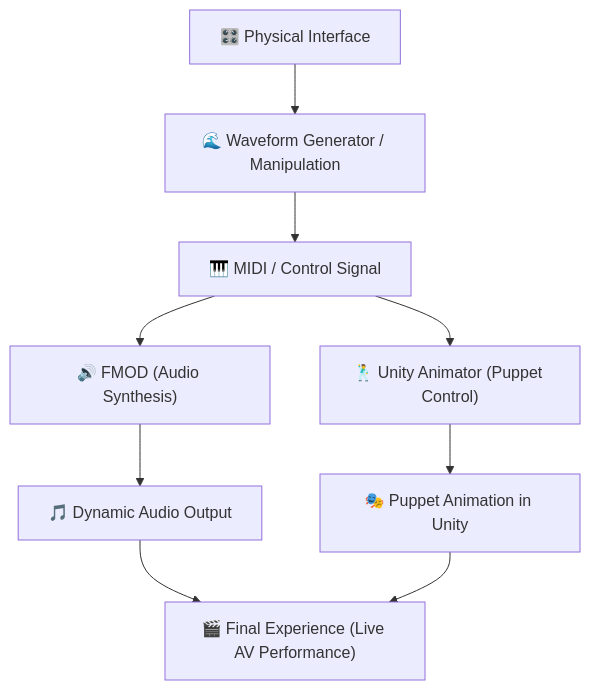
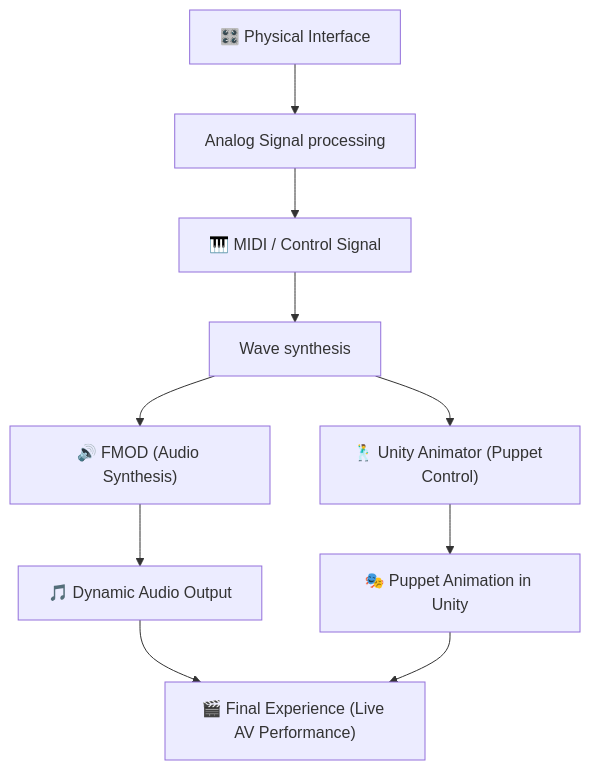
Before and after one commit to sullyjason/PuppetSynthesizer: the diagram in README.md, drawn with Mermaid. The commit also changed other lines of this file, not shown here.

````diff
--- a/README.md
+++ b/README.md
@@ -27,13 +27,13 @@
 ```mermaid
 flowchart TD
-    Interface["🎛️ Physical Interface"] --> Wave["🌊 Waveform Generator / Manipulation"]
-    Wave --> MIDI["🎹 MIDI / Control Signal"]
+    Interface["🎛️ Physical Interface"] --> Arduino["Analog Signal processing"]
+    Arduino --> MIDI["🎹 MIDI / Control Signal"]
 
-    MIDI --> FMOD["🔊 FMOD (Audio Synthesis)"]
-    MIDI --> UnityAnim["🕺 Unity Animator (Puppet Control)"]
+    MIDI --> WaveSynthesis["Wave synthesis"] --> FMOD["🔊 FMOD (Audio Synthesis)"]
+    WaveSynthesis --> UnityAnim["🕺 Unity Animator (Puppet Control)"]
 
     FMOD --> Audio["🎵 Dynamic Audio Output"]
     UnityAnim --> Visual["🎭 Puppet Animation in Unity"]
 
     Audio & Visual --> Output["🎬 Final Experience (Live AV Performance)"]
 ```
````
